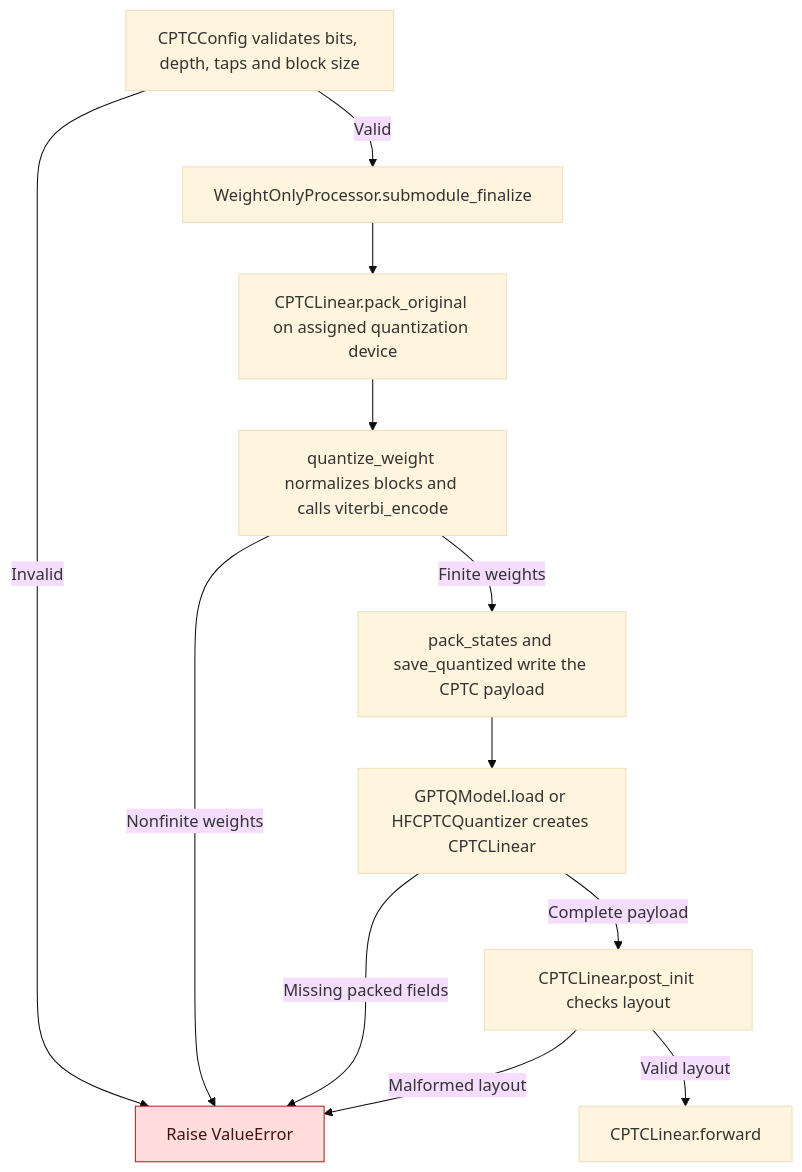
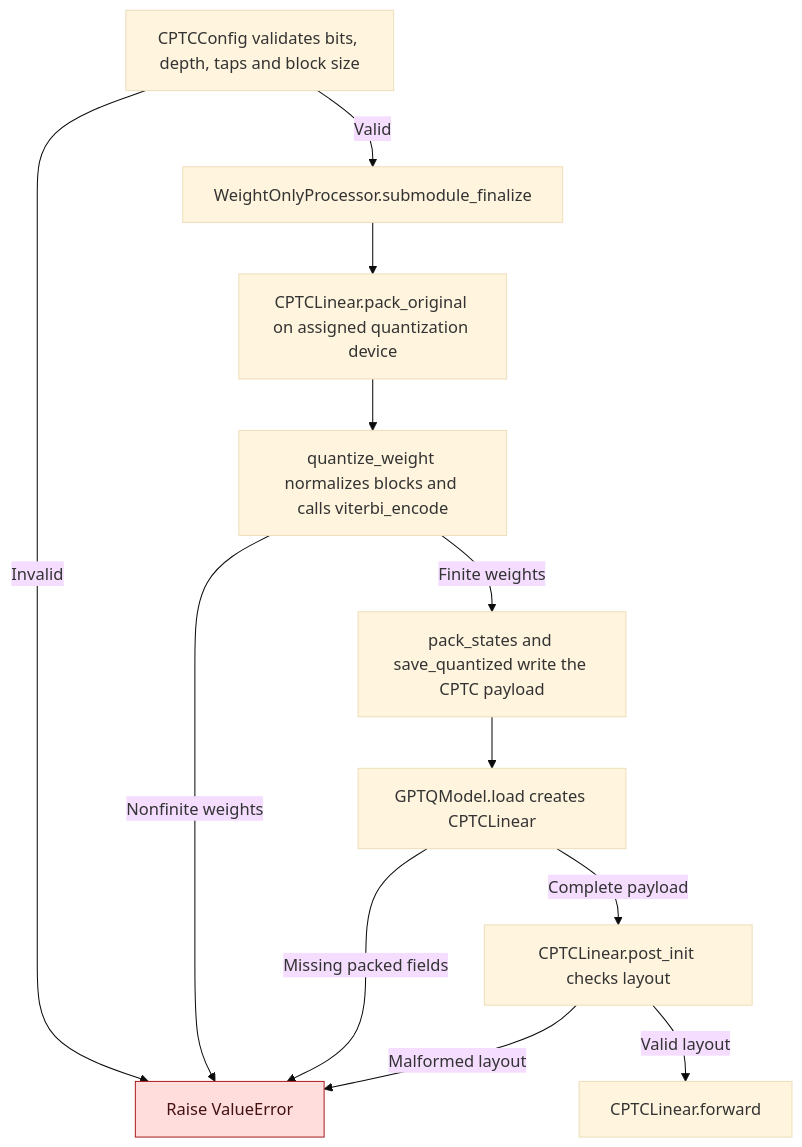
Before and after one commit to ModelCloud/GPTQModel: the second of 3 diagrams in docs/cptc.md, drawn with Mermaid (base theme). The commit also changed other lines of this file and 2458 other files, not shown here.

````diff
--- a/docs/cptc.md
+++ b/docs/cptc.md
@@ -82,16 +80,16 @@
 ```mermaid
 flowchart TD
     A["CPTCConfig validates bits, depth, taps and block size"] -->|Valid| B["WeightOnlyProcessor.submodule_finalize"]
     A -->|Invalid| E["Raise ValueError"]
     B --> C["CPTCLinear.pack_original on assigned quantization device"]
     C --> D["quantize_weight normalizes blocks and calls viterbi_encode"]
     D -->|Finite weights| P["pack_states and save_quantized write the CPTC payload"]
     D -->|Nonfinite weights| E
-    P --> L["GPTQModel.load or HFCPTCQuantizer creates CPTCLinear"]
+    P --> L["GPTQModel.load creates CPTCLinear"]
     L -->|Complete payload| F["CPTCLinear.post_init checks layout"]
     L -->|Missing packed fields| E
     F -->|Malformed layout| E
     F -->|Valid layout| R["CPTCLinear.forward"]
     classDef error fill:#ffdddd,color:#411,stroke:#a22
     class E error
 ```
````
